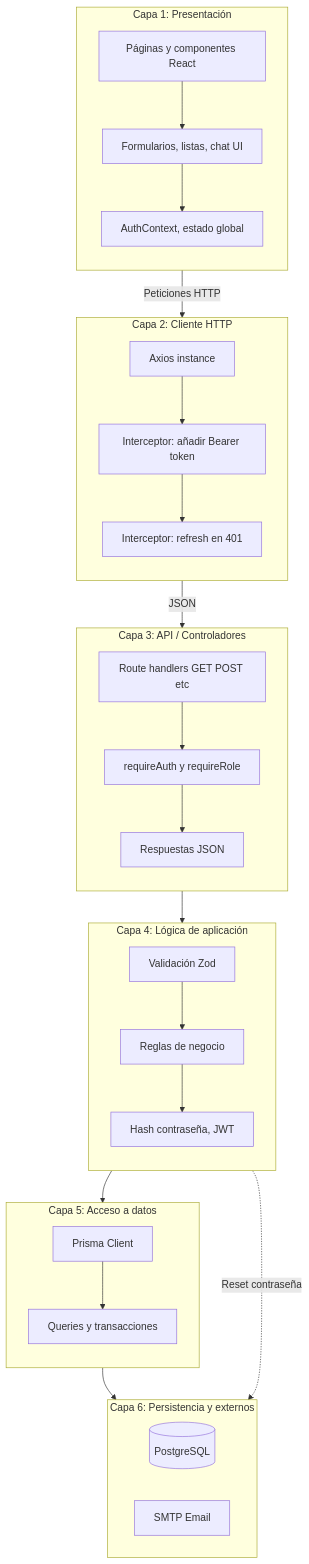
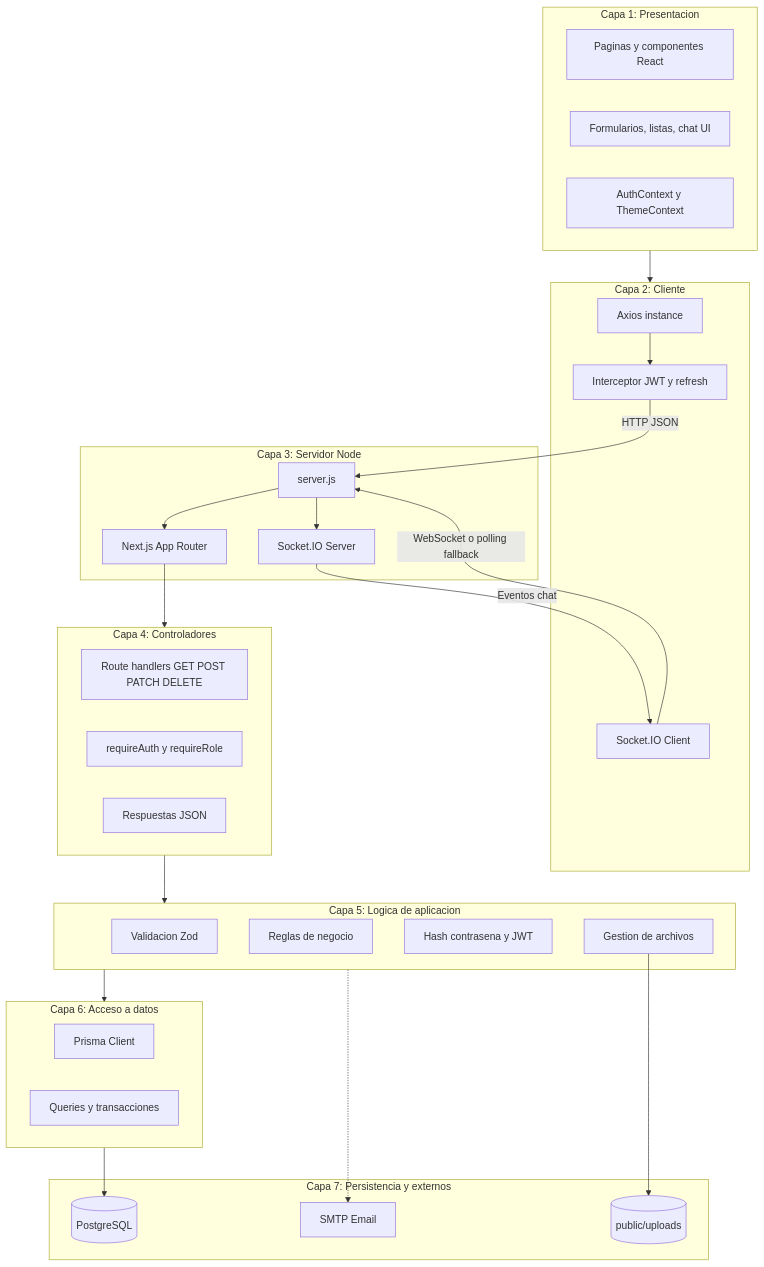
The first of 4 diagrams in docs/DIAGRAMA_LOGICA_CAPAS_Y_FLUJO_DATOS.md (marioscorner/TAEKWONDO_MGG), drawn with Mermaid before and after one commit. The commit also changed other lines of this file and 10 other files, not shown here.

Commit message:
docs: update architecture and local setup

````diff
--- a/docs/DIAGRAMA_LOGICA_CAPAS_Y_FLUJO_DATOS.md
+++ b/docs/DIAGRAMA_LOGICA_CAPAS_Y_FLUJO_DATOS.md
@@ -11,58 +9,58 @@
 ```mermaid
 flowchart TB
-    subgraph CAPA_1["Capa 1: Presentación"]
-        direction TB
-        P1[Páginas y componentes React]
+    subgraph CAPA_1["Capa 1: Presentacion"]
+        P1[Paginas y componentes React]
         P2[Formularios, listas, chat UI]
-        P3[AuthContext, estado global]
-        P1 --> P2
-        P2 --> P3
+        P3[AuthContext y ThemeContext]
     end
 
-    subgraph CAPA_2["Capa 2: Cliente HTTP"]
-        direction TB
+    subgraph CAPA_2["Capa 2: Cliente"]
         C1[Axios instance]
-        C2[Interceptor: añadir Bearer token]
-        C3[Interceptor: refresh en 401]
-        C1 --> C2
-        C2 --> C3
+        C2[Interceptor JWT y refresh]
+        C3[Socket.IO Client]
     end
 
-    subgraph CAPA_3["Capa 3: API / Controladores"]
-        direction TB
-        A1[Route handlers GET POST etc]
+    subgraph CAPA_3["Capa 3: Servidor Node"]
+        S1[server.js]
+        S2[Next.js App Router]
+        S3[Socket.IO Server]
+    end
+
+    subgraph CAPA_4["Capa 4: Controladores"]
+        A1[Route handlers GET POST PATCH DELETE]
         A2[requireAuth y requireRole]
         A3[Respuestas JSON]
-        A1 --> A2
-        A2 --> A3
     end
 
-    subgraph CAPA_4["Capa 4: Lógica de aplicación"]
-        direction TB
-        L1[Validación Zod]
+    subgraph CAPA_5["Capa 5: Logica de aplicacion"]
+        L1[Validacion Zod]
         L2[Reglas de negocio]
-        L3[Hash contraseña, JWT]
-        L1 --> L2
-        L2 --> L3
+        L3[Hash contrasena y JWT]
+        L4[Gestion de archivos]
     end
 
-    subgraph CAPA_5["Capa 5: Acceso a datos"]
-        direction TB
+    subgraph CAPA_6["Capa 6: Acceso a datos"]
         D1[Prisma Client]
         D2[Queries y transacciones]
-        D1 --> D2
     end
 
-    subgraph CAPA_6["Capa 6: Persistencia y externos"]
-        direction LR
+    subgraph CAPA_7["Capa 7: Persistencia y externos"]
         DB[(PostgreSQL)]
+        FS[(public/uploads)]
         SMTP[SMTP Email]
     end
 
-    CAPA_1 -->|Peticiones HTTP| CAPA_2
-    CAPA_2 -->|JSON| CAPA_3
-    CAPA_3 --> CAPA_4
+    CAPA_1 --> CAPA_2
+    C1 --> C2
+    C2 -->|HTTP JSON| S1
+    C3 -->|WebSocket o polling fallback| S1
+    S1 --> S2
+    S1 --> S3
+    S2 --> CAPA_4
     CAPA_4 --> CAPA_5
-    CAPA_5 --> DB
-    CAPA_4 -.->|Reset contraseña| SMTP
+    CAPA_5 --> CAPA_6
+    CAPA_6 --> DB
+    L4 --> FS
+    CAPA_5 -.-> SMTP
+    S3 -->|Eventos chat| C3
 ```
````
